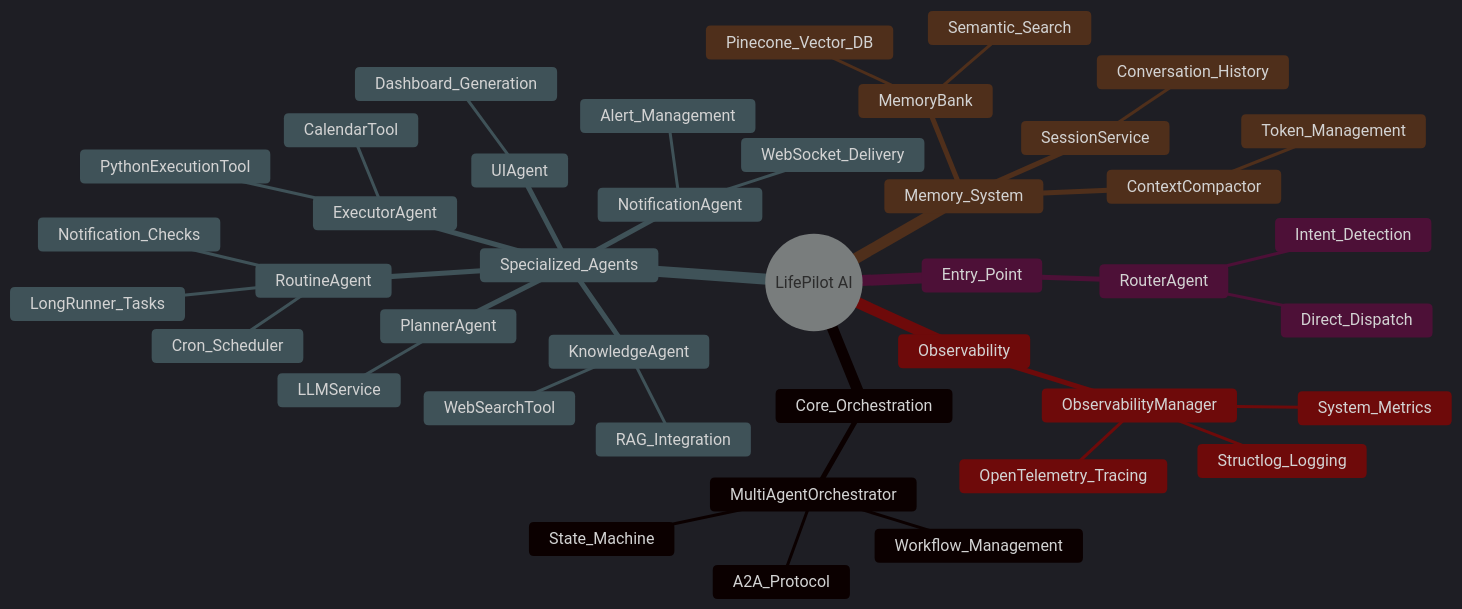
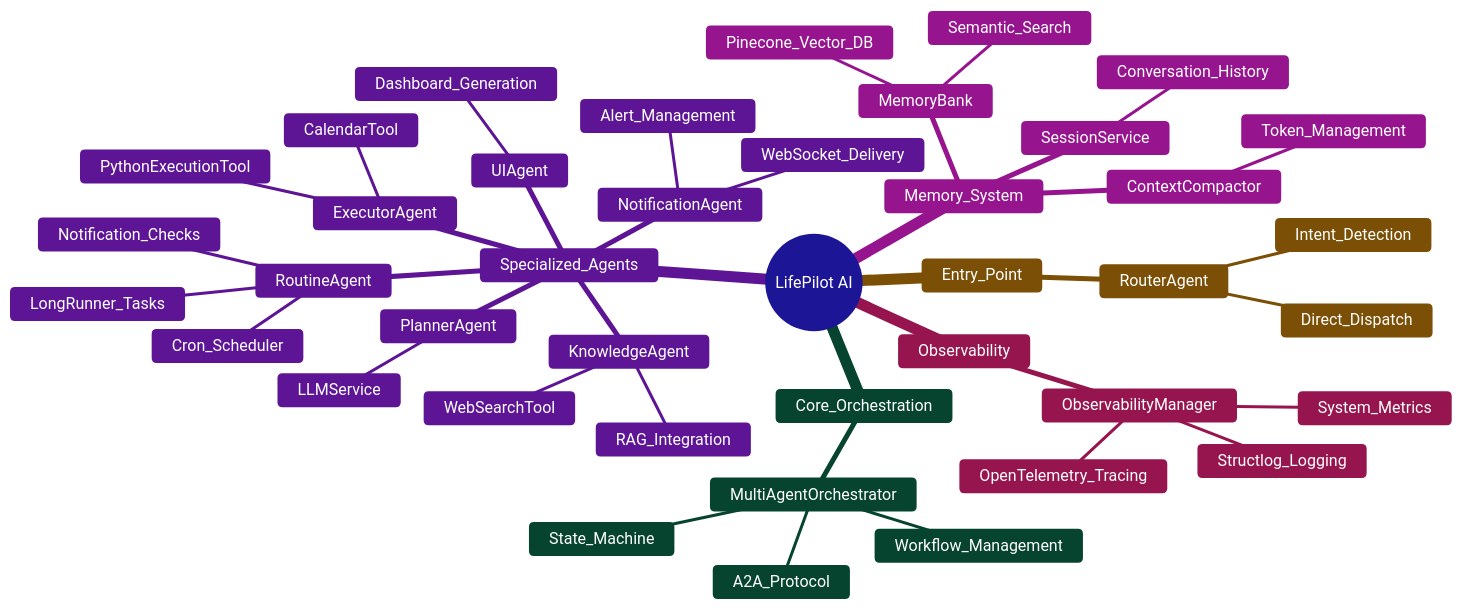
The second of 2 diagrams in README.md (JayChauhan3/lifepilot), drawn with Mermaid before and after one commit. The commit also changed other lines of this file, not shown here.

````diff
--- a/README.md
+++ b/README.md
@@ -140,45 +140,45 @@
 ```mermaid
-%%{init: {'theme': 'dark', 'themeVariables': { 'primaryColor': '#ffffff', 'primaryTextColor': '#ffffff', 'lineColor': '#ffffff', 'textColor': '#ffffff' }}}%%
+%%{init: {'theme': 'base', 'themeVariables': { 'primaryColor': '#4F46E5', 'primaryTextColor': '#fff', 'primaryBorderColor': '#4F46E5', 'lineColor': '#6366F1', 'secondaryColor': '#10B981', 'tertiaryColor': '#F59E0B', 'background': '#1F2937', 'mainBkg': '#4F46E5', 'secondBkg': '#10B981', 'tertiaryBkg': '#F59E0B'}}}%%
 mindmap
   root((LifePilot AI))
     Core_Orchestration
       MultiAgentOrchestrator
         Workflow_Management
         State_Machine
         A2A_Protocol
     Entry_Point
       RouterAgent
         Intent_Detection
         Direct_Dispatch
     Specialized_Agents
       PlannerAgent
         LLMService
       ExecutorAgent
         CalendarTool
         PythonExecutionTool
       KnowledgeAgent
         WebSearchTool
         RAG_Integration
       NotificationAgent
         Alert_Management
         WebSocket_Delivery
       RoutineAgent
         Cron_Scheduler
         LongRunner_Tasks
         Notification_Checks
       UIAgent
         Dashboard_Generation
     Memory_System
       MemoryBank
         Pinecone_Vector_DB
         Semantic_Search
       SessionService
         Conversation_History
       ContextCompactor
         Token_Management
     Observability
       ObservabilityManager
         OpenTelemetry_Tracing
         Structlog_Logging
         System_Metrics
 ```
````
